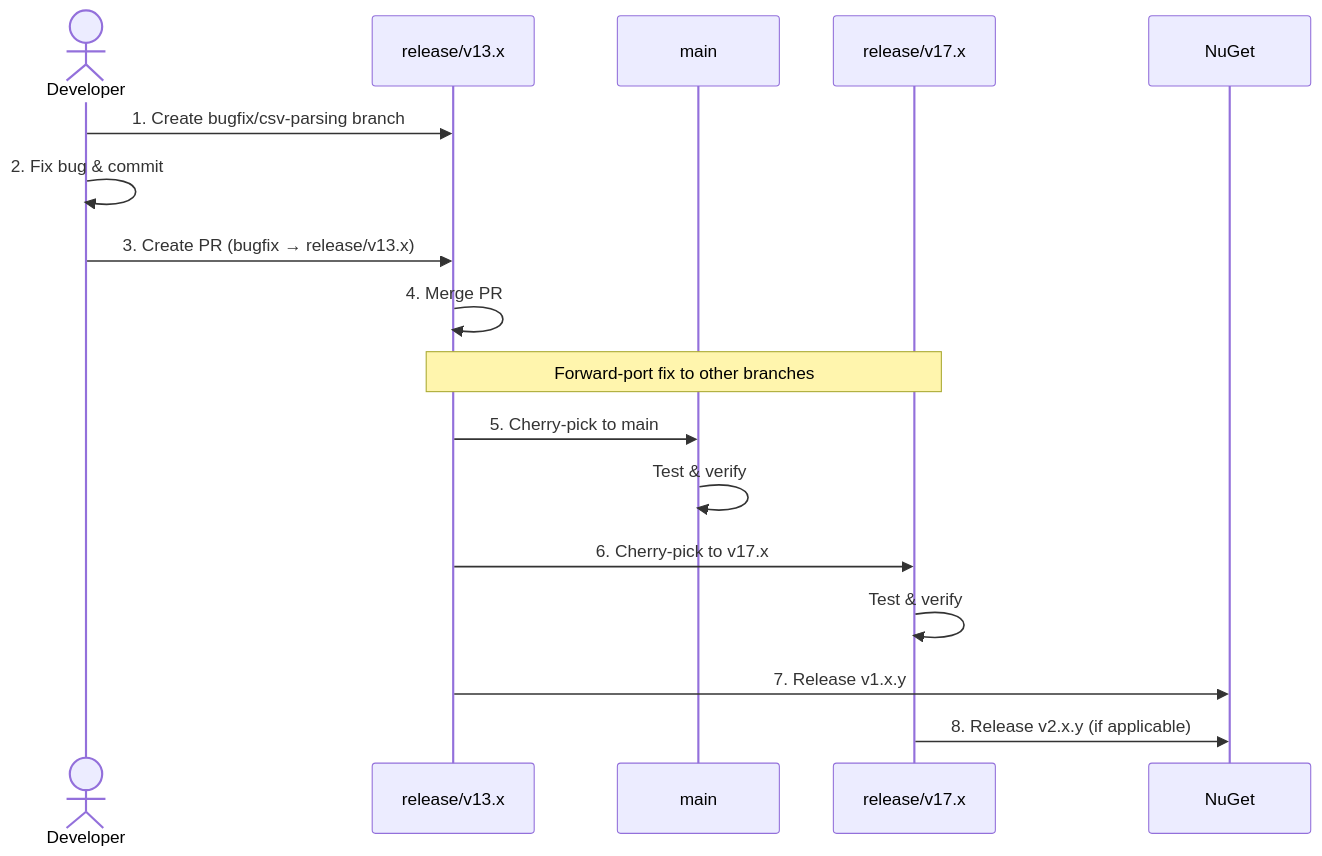
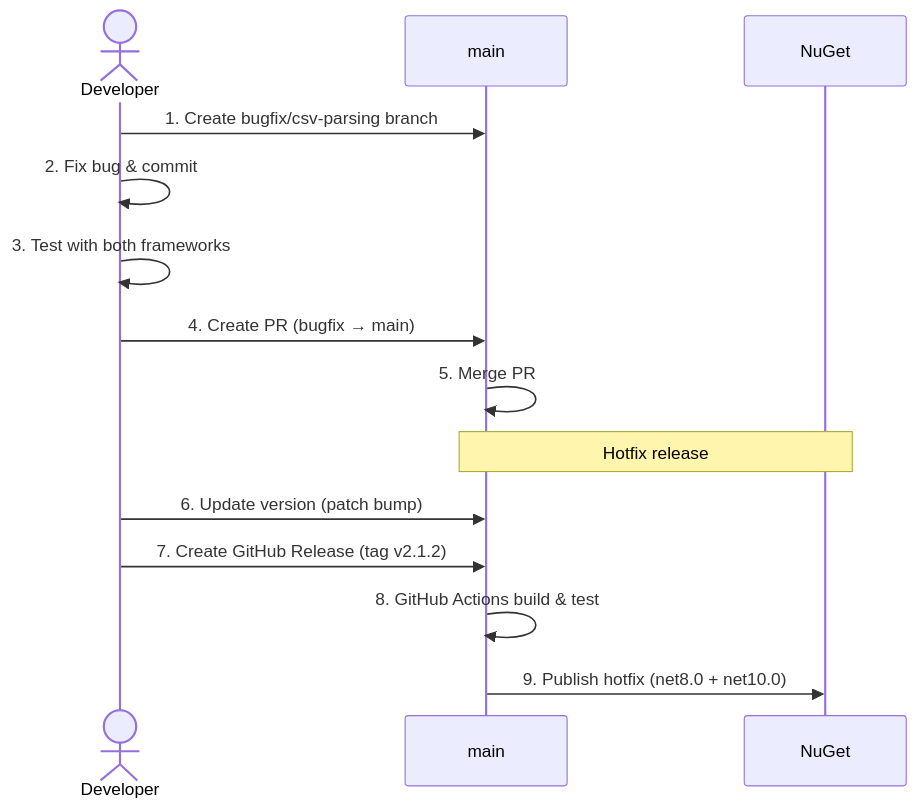
Before and after one commit to ClerksWell-Ltd/BulkUpload: the third of 9 diagrams in .github/docs/developer-guides/WORKFLOW_DIAGRAM.md, drawn with Mermaid. The commit also changed other lines of this file and 36 other files, not shown here.

````diff
--- a/.github/docs/developer-guides/WORKFLOW_DIAGRAM.md
+++ b/.github/docs/developer-guides/WORKFLOW_DIAGRAM.md
@@ -75,24 +65,19 @@
 ```mermaid
 sequenceDiagram
     actor Developer
-    participant release/v13.x
     participant main
-    participant release/v17.x
     participant NuGet
 
-    Developer->>release/v13.x: 1. Create bugfix/csv-parsing branch
+    Developer->>main: 1. Create bugfix/csv-parsing branch
     Developer->>Developer: 2. Fix bug & commit
-    Developer->>release/v13.x: 3. Create PR (bugfix → release/v13.x)
-    release/v13.x->>release/v13.x: 4. Merge PR
+    Developer->>Developer: 3. Test with both frameworks
+    Developer->>main: 4. Create PR (bugfix → main)
+    main->>main: 5. Merge PR
 
-    Note over release/v13.x,release/v17.x: Forward-port fix to other branches
+    Note over main,NuGet: Hotfix release
 
-    release/v13.x->>main: 5. Cherry-pick to main
-    main->>main: Test & verify
-
-    release/v13.x->>release/v17.x: 6. Cherry-pick to v17.x
-    release/v17.x->>release/v17.x: Test & verify
-
-    release/v13.x->>NuGet: 7. Release v1.x.y
-    release/v17.x->>NuGet: 8. Release v2.x.y (if applicable)
+    Developer->>main: 6. Update version (patch bump)
+    Developer->>main: 7. Create GitHub Release (tag v2.1.2)
+    main->>main: 8. GitHub Actions build & test
+    main->>NuGet: 9. Publish hotfix (net8.0 + net10.0)
 ```
````
